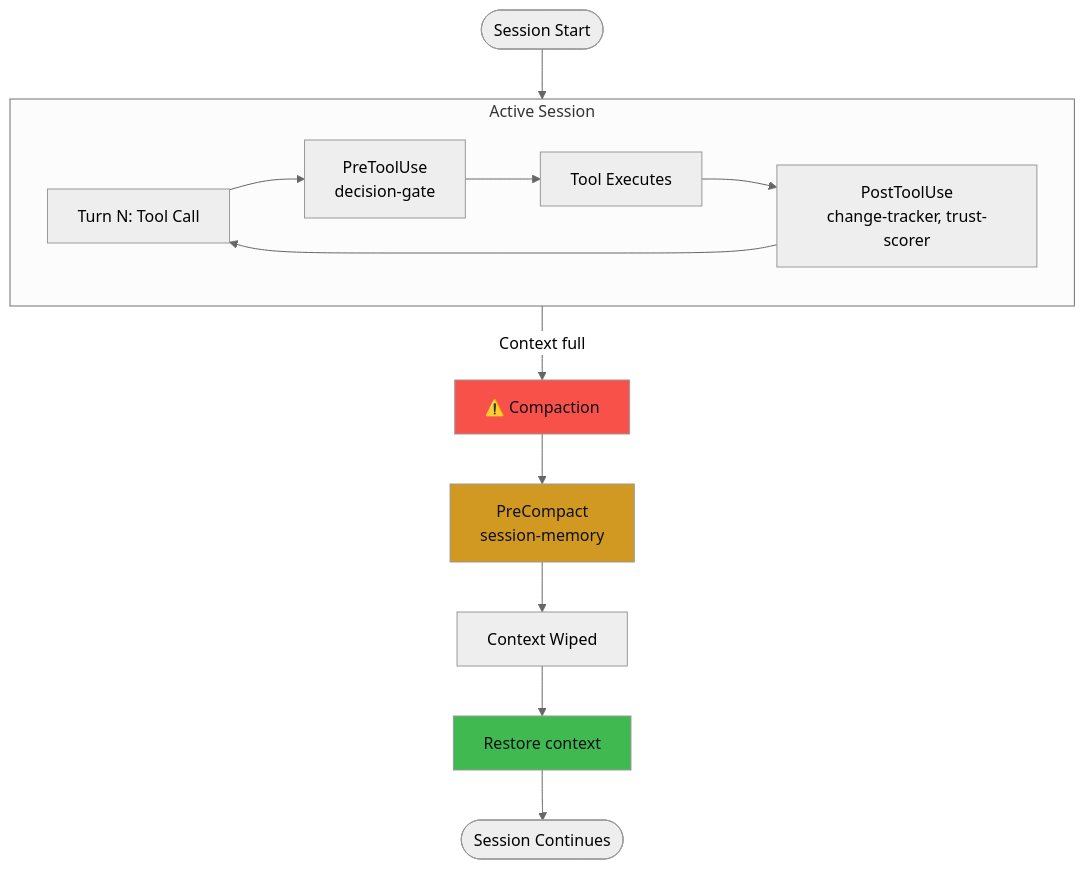
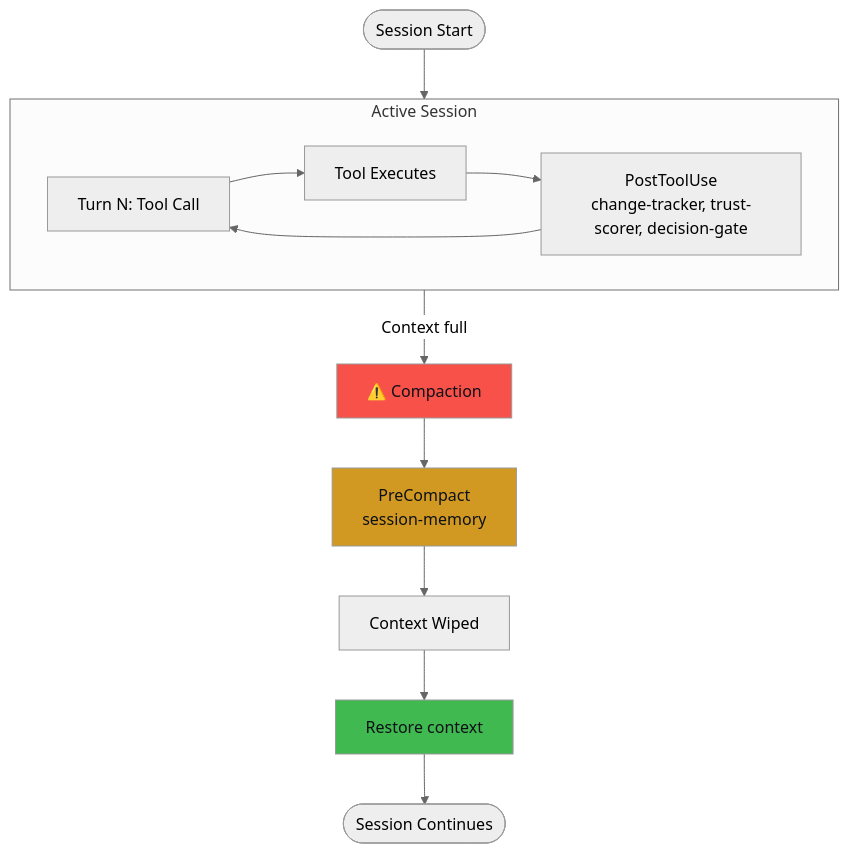
One commit to enchanted-plugins/crow changed the diagram in docs/architecture/lifecycle.mmd. Above: the diagram before and after it, drawn with Mermaid (neutral theme). The commit also changed 13 other files, not shown here.

First line of the commit message:
fix(decision-gate): align README, tests, and diagrams to PostToolUse contract

```diff
--- a/docs/architecture/lifecycle.mmd
+++ b/docs/architecture/lifecycle.mmd
@@ -1,17 +1,16 @@
 graph TD
     start(["Session Start"]) --> turns
     subgraph turns["Active Session"]
         t1["Turn N: Tool Call"]
-        t1 --> pre["PreToolUse<br/>decision-gate"]
-        pre --> exec["Tool Executes"]
-        exec --> post["PostToolUse<br/>change-tracker, trust-scorer"]
+        t1 --> exec["Tool Executes"]
+        exec --> post["PostToolUse<br/>change-tracker, trust-scorer, decision-gate"]
         post --> t1
     end
     turns -->|"Context full"| compact["⚠️ Compaction"]
     compact --> precompact["PreCompact<br/>session-memory"]
     precompact --> wipe["Context Wiped"]
     wipe --> restore["Restore context"]
     restore --> resume(["Session Continues"])
     style compact fill:#f85149,color:#0d1117
     style precompact fill:#d29922,color:#0d1117
     style restore fill:#3fb950,color:#0d1117
```
